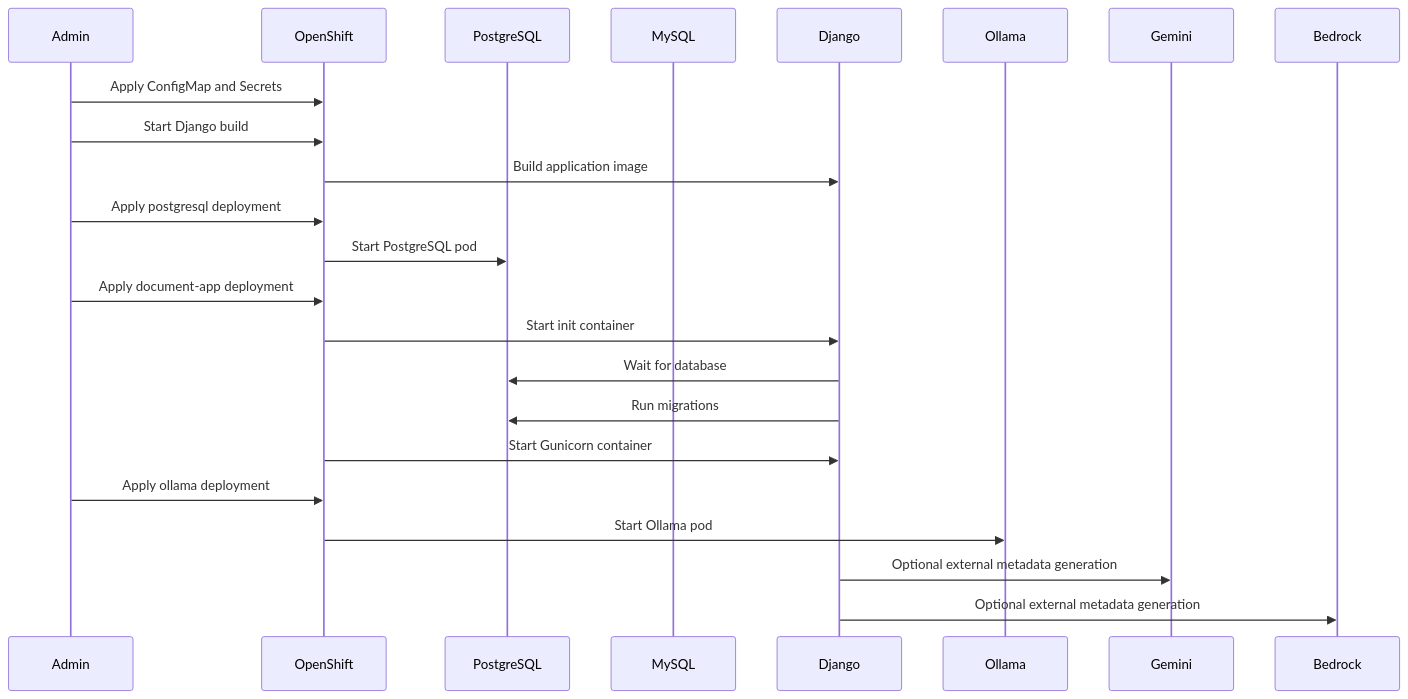
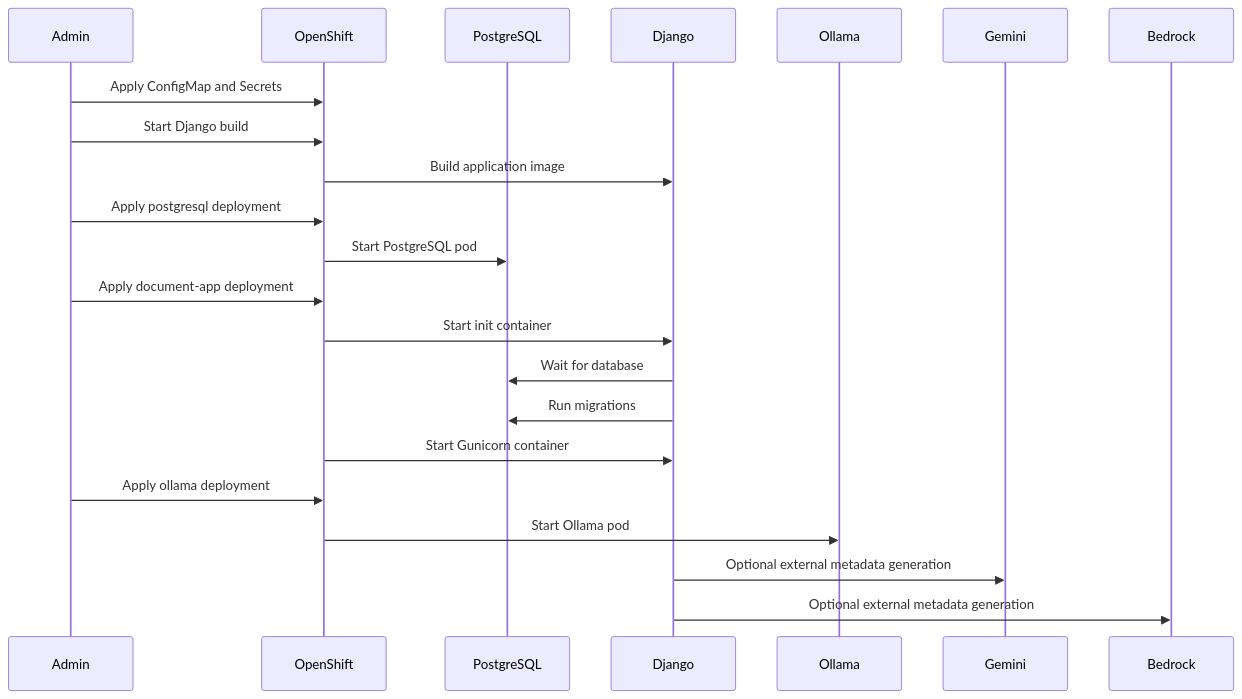
Before and after one commit to khaliqueaws-creator/document-management: the second of 3 diagrams in docs/deployment.md, drawn with Mermaid. The commit also changed other lines of this file and 19 other files, not shown here.

````diff
--- a/docs/deployment.md
+++ b/docs/deployment.md
@@ -81,30 +81,29 @@
 ```mermaid
 sequenceDiagram
     participant Admin
     participant OpenShift
     participant PostgreSQL
-    participant MySQL
     participant Django
     participant Ollama
     participant Gemini
     participant Bedrock
 
     Admin->>OpenShift: Apply ConfigMap and Secrets
     Admin->>OpenShift: Start Django build
     OpenShift->>Django: Build application image
 
     Admin->>OpenShift: Apply postgresql deployment
     OpenShift->>PostgreSQL: Start PostgreSQL pod
 
     Admin->>OpenShift: Apply document-app deployment
     OpenShift->>Django: Start init container
     Django->>PostgreSQL: Wait for database
     Django->>PostgreSQL: Run migrations
     OpenShift->>Django: Start Gunicorn container
 
     Admin->>OpenShift: Apply ollama deployment
     OpenShift->>Ollama: Start Ollama pod
 
     Django->>Gemini: Optional external metadata generation
     Django->>Bedrock: Optional external metadata generation
 ```
````
